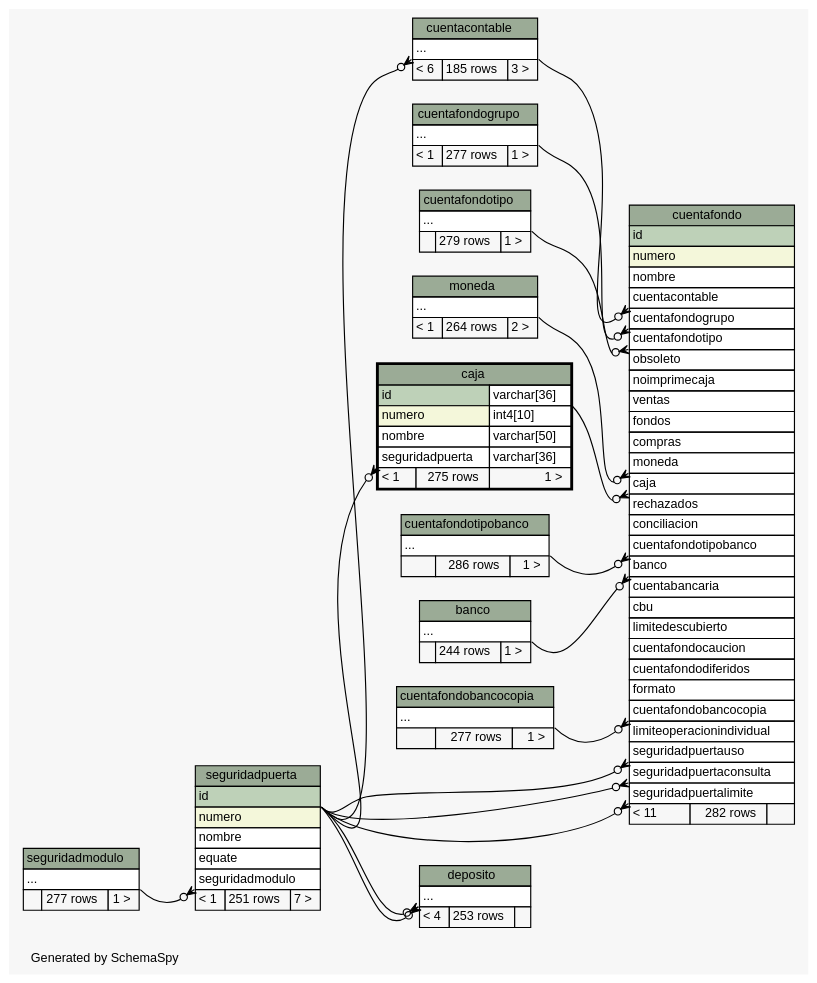
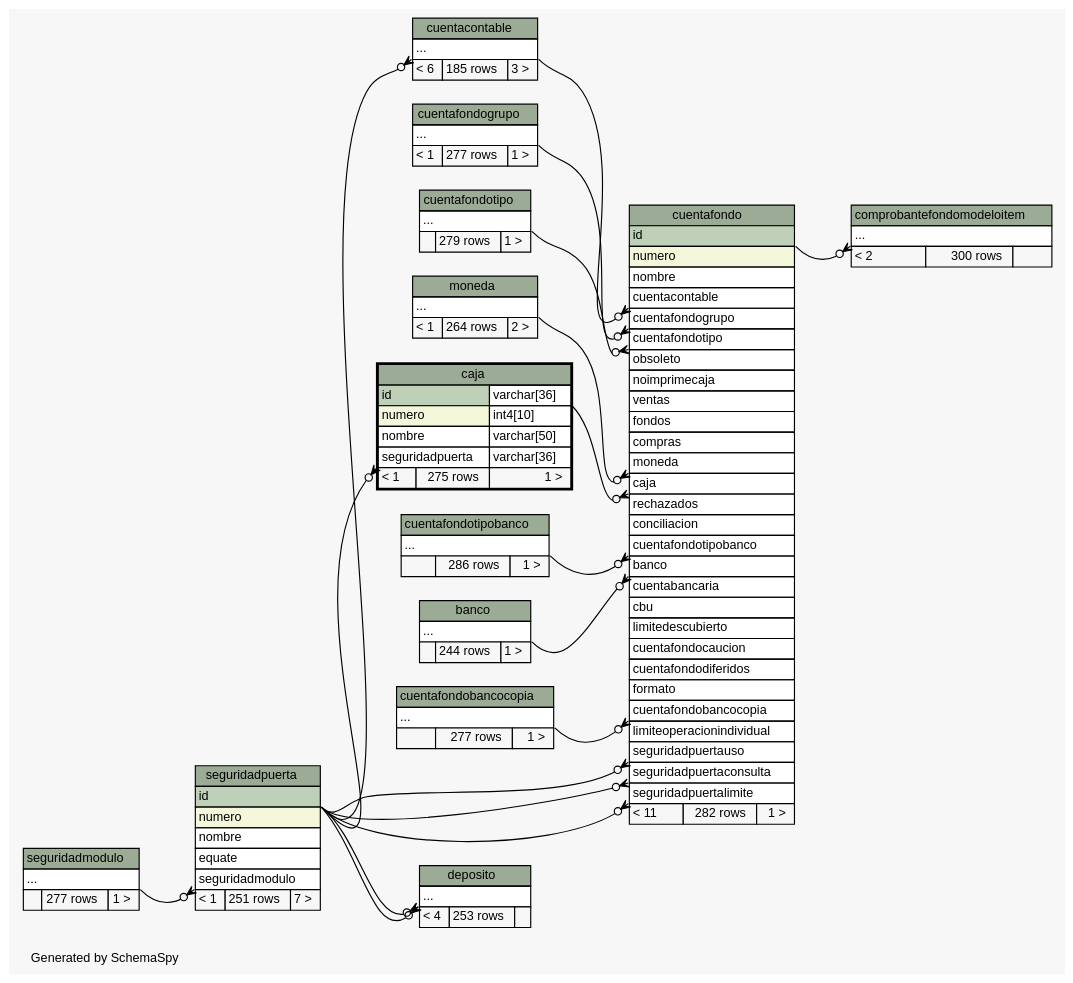
One commit to diegopablomansilla/massoftware_front changed the diagram in postgresql/schemaSpy/salida/diagrams/caja.2degrees.dot. Above: the diagram before and after it, drawn with Graphviz. The commit also changed 212 other files, not shown here.

```diff
--- a/postgresql/schemaSpy/salida/diagrams/caja.2degrees.dot
+++ b/postgresql/schemaSpy/salida/diagrams/caja.2degrees.dot
@@ -20,6 +20,7 @@
     arrowsize="0.8"
   ];
   "caja":"seguridadpuerta":sw -> "seguridadpuerta":"id":se [arrowhead=none dir=back arrowtail=crowodot];
+  "comprobantefondomodeloitem":"elipses":sw -> "cuentafondo":"id":se [arrowhead=none dir=back arrowtail=crowodot];
   "cuentacontable":"elipses":sw -> "seguridadpuerta":"id":se [arrowhead=none dir=back arrowtail=crowodot];
   "cuentafondo":"banco":sw -> "banco":"elipses":se [arrowhead=none dir=back arrowtail=crowodot];
   "cuentafondo":"caja":sw -> "caja":"id.type":se [arrowhead=none dir=back arrowtail=crowodot];
@@ -57,6 +58,16 @@
     </TABLE>>
     URL="caja.html"
     tooltip="caja"
+  ];
+  "comprobantefondomodeloitem" [
+    label=<
+    <TABLE BORDER="0" CELLBORDER="1" CELLSPACING="0" BGCOLOR="#ffffff">
+      <TR><TD COLSPAN="3" BGCOLOR="#9bab96" ALIGN="CENTER">comprobantefondomodeloitem</TD></TR>
+      <TR><TD PORT="elipses" COLSPAN="3" ALIGN="LEFT">...</TD></TR>
+      <TR><TD ALIGN="LEFT" BGCOLOR="#f7f7f7">&lt; 2</TD><TD ALIGN="RIGHT" BGCOLOR="#f7f7f7">300 rows</TD><TD ALIGN="RIGHT" BGCOLOR="#f7f7f7">  </TD></TR>
+    </TABLE>>
+    URL="comprobantefondomodeloitem.html"
+    tooltip="comprobantefondomodeloitem"
   ];
   "cuentacontable" [
     label=<
@@ -100,7 +111,7 @@
       <TR><TD PORT="seguridadpuertauso" COLSPAN="3" ALIGN="LEFT">seguridadpuertauso</TD></TR>
       <TR><TD PORT="seguridadpuertaconsulta" COLSPAN="3" ALIGN="LEFT">seguridadpuertaconsulta</TD></TR>
       <TR><TD PORT="seguridadpuertalimite" COLSPAN="3" ALIGN="LEFT">seguridadpuertalimite</TD></TR>
-      <TR><TD ALIGN="LEFT" BGCOLOR="#f7f7f7">&lt; 11</TD><TD ALIGN="RIGHT" BGCOLOR="#f7f7f7">282 rows</TD><TD ALIGN="RIGHT" BGCOLOR="#f7f7f7">  </TD></TR>
+      <TR><TD ALIGN="LEFT" BGCOLOR="#f7f7f7">&lt; 11</TD><TD ALIGN="RIGHT" BGCOLOR="#f7f7f7">282 rows</TD><TD ALIGN="RIGHT" BGCOLOR="#f7f7f7">1 &gt;</TD></TR>
     </TABLE>>
     URL="cuentafondo.html"
     tooltip="cuentafondo"
```
